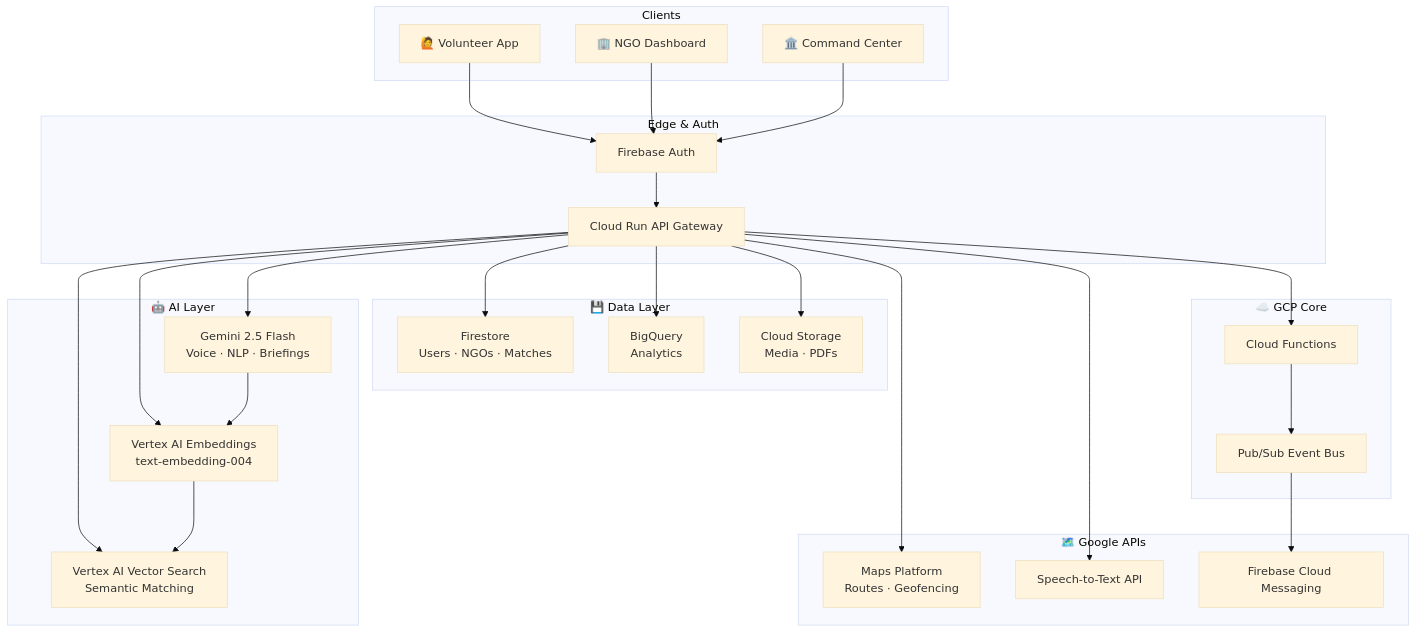
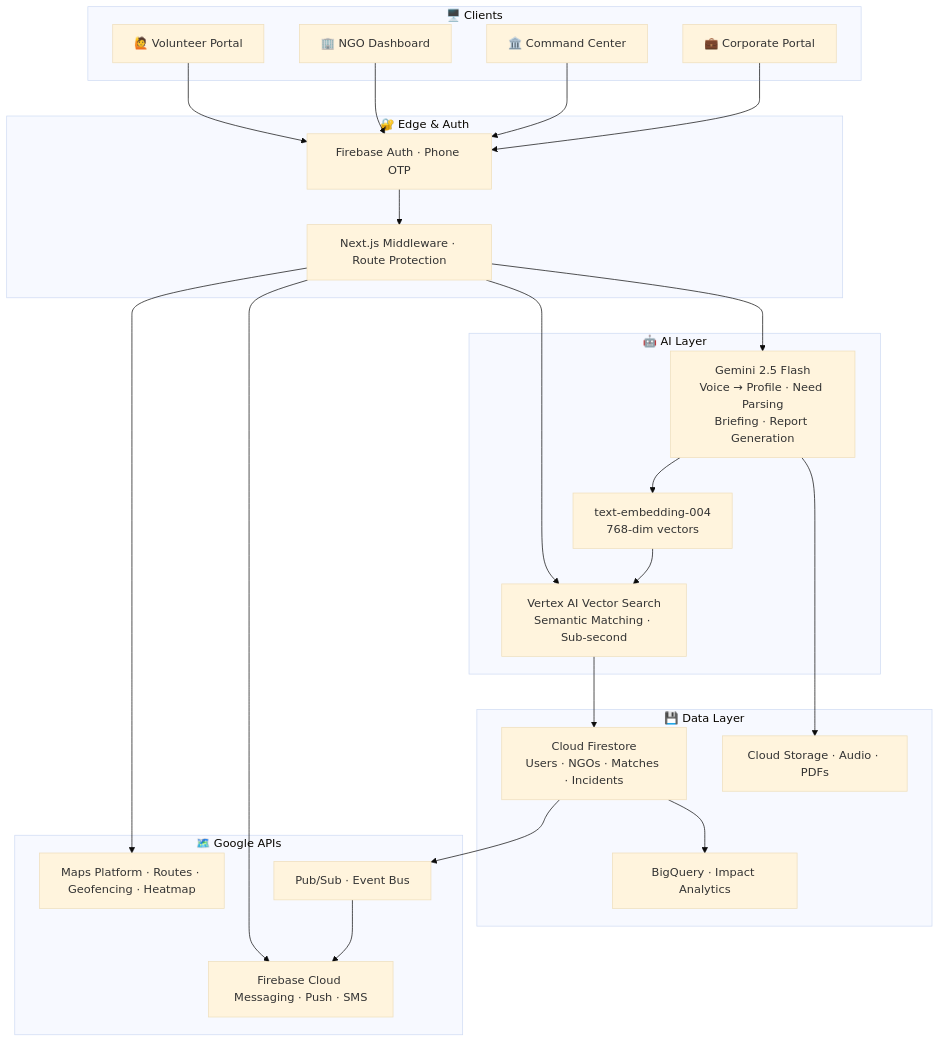
Before and after one commit to Devanshupardeshi/seva-setu: the diagram in README.md, drawn with Mermaid (base theme). The commit also changed other lines of this file, not shown here.

````diff
--- a/README.md
+++ b/README.md
@@ -156,44 +141,40 @@
 ```mermaid
 graph TB
-    subgraph Clients
-        A[🙋 Volunteer App]
-        B[🏢 NGO Dashboard]
-        C[🏛️ Command Center]
+    subgraph Clients["🖥️ Clients"]
+        A["🙋 Volunteer Portal"]
+        B["🏢 NGO Dashboard"]
+        C["🏛️ Command Center"]
+        D["💼 Corporate Portal"]
     end
 
-    subgraph Edge["Edge & Auth"]
-        D[Firebase Auth]
-        E[Cloud Run API Gateway]
+    subgraph Edge["🔐 Edge & Auth"]
+        E[Firebase Auth · Phone OTP]
+        F[Next.js Middleware · Route Protection]
     end
 
     subgraph AI["🤖 AI Layer"]
-        F[Gemini 2.5 Flash\nVoice · NLP · Briefings]
-        G[Vertex AI Vector Search\nSemantic Matching]
-        H[Vertex AI Embeddings\ntext-embedding-004]
+        G["Gemini 2.5 Flash\nVoice → Profile · Need Parsing\nBriefing · Report Generation"]
+        H["Vertex AI Vector Search\nSemantic Matching · Sub-second"]
+        I["text-embedding-004\n768-dim vectors"]
     end
 
     subgraph Data["💾 Data Layer"]
-        I[Firestore\nUsers · NGOs · Matches]
-        J[BigQuery\nAnalytics]
-        K[Cloud Storage\nMedia · PDFs]
-    end
-
-    subgraph GCP["☁️ GCP Core"]
-        L[Cloud Functions]
-        M[Pub/Sub Event Bus]
+        J[Cloud Firestore\nUsers · NGOs · Matches · Incidents]
+        K[BigQuery · Impact Analytics]
+        L[Cloud Storage · Audio · PDFs]
     end
 
     subgraph Google["🗺️ Google APIs"]
-        N[Maps Platform\nRoutes · Geofencing]
-        O[Speech-to-Text API]
-        P[Firebase Cloud Messaging]
+        M[Maps Platform · Routes · Geofencing · Heatmap]
+        N[Firebase Cloud Messaging · Push · SMS]
+        O[Pub/Sub · Event Bus]
     end
 
-    A & B & C --> D --> E
-    E --> F & G & H
-    E --> I & J & K
-    F --> H --> G
-    E --> L --> M
-    M --> P
-    E --> N & O
+    A & B & C & D --> E --> F
+    F --> G & H
+    G --> I --> H --> J
+    J --> K
+    G --> L
+    F --> M & N
+    J --> O --> N
 ```
````
